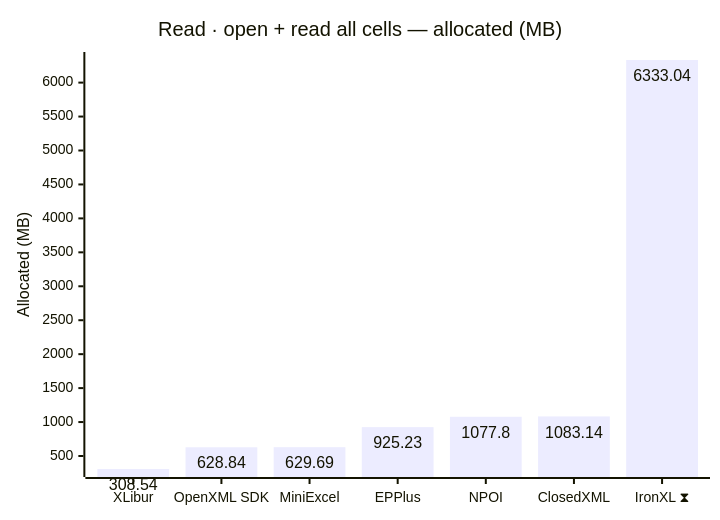
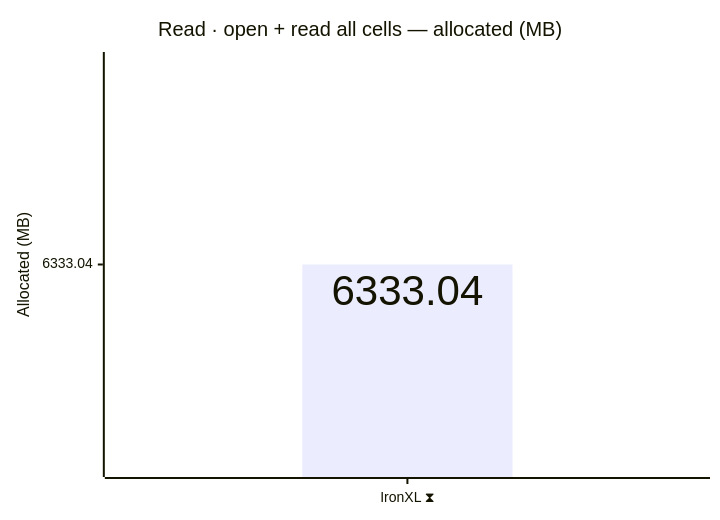
One commit to jafin/XLBench changed the fourth of 12 diagrams in docs/results.md. Above: the diagram before and after it, drawn with Mermaid. The commit also changed other lines of this file and 2 other files, not shown here.

First line of the commit message:
chore(deps): bump XLibur to 0.310.1-beta.5 and republish

````diff
--- a/docs/results.md
+++ b/docs/results.md
@@ -78,12 +78,12 @@
 ```mermaid
 ---
 config:
   xyChart:
     showDataLabel: true
 ---
 xychart-beta
     title "Read · open + read all cells — allocated (MB)"
-    x-axis ["XLibur", "OpenXML SDK", "MiniExcel", "EPPlus", "NPOI", "ClosedXML", "IronXL ⧗"]
+    x-axis ["IronXL ⧗"]
     y-axis "Allocated (MB)"
-    bar [308.54, 628.84, 629.69, 925.23, 1077.8, 1083.14, 6333.04]
+    bar [6333.04]
 ```
````
